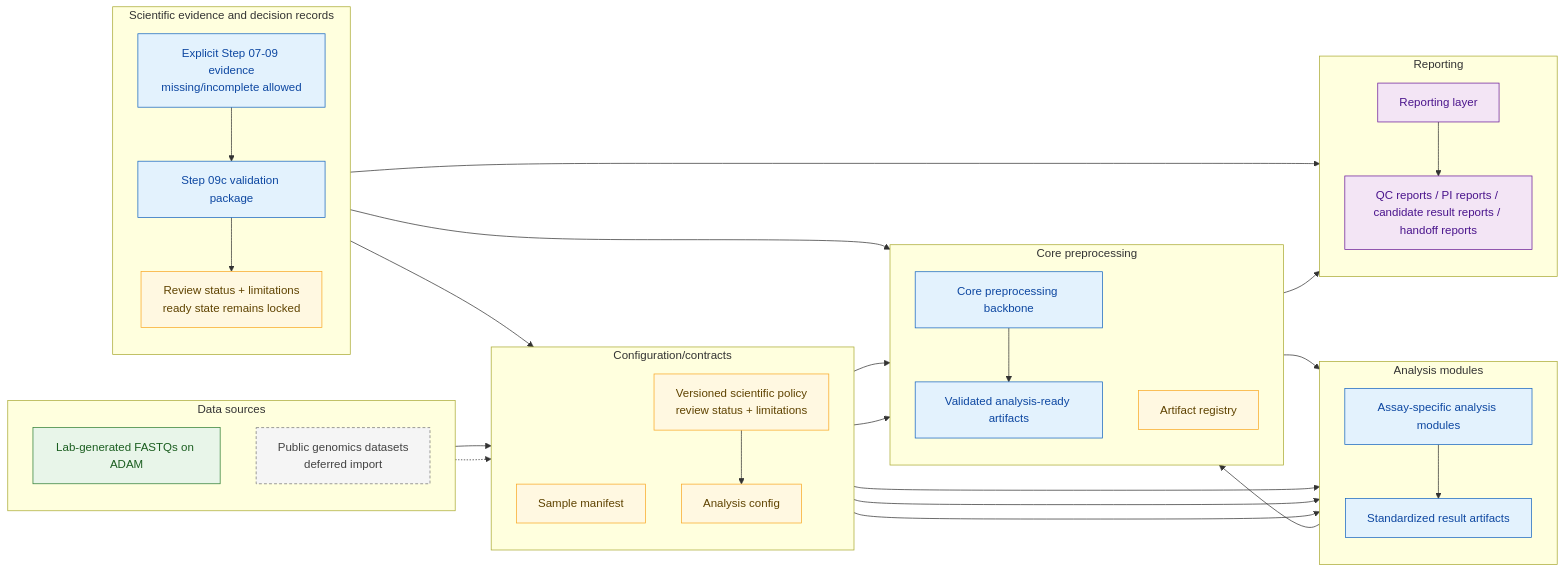
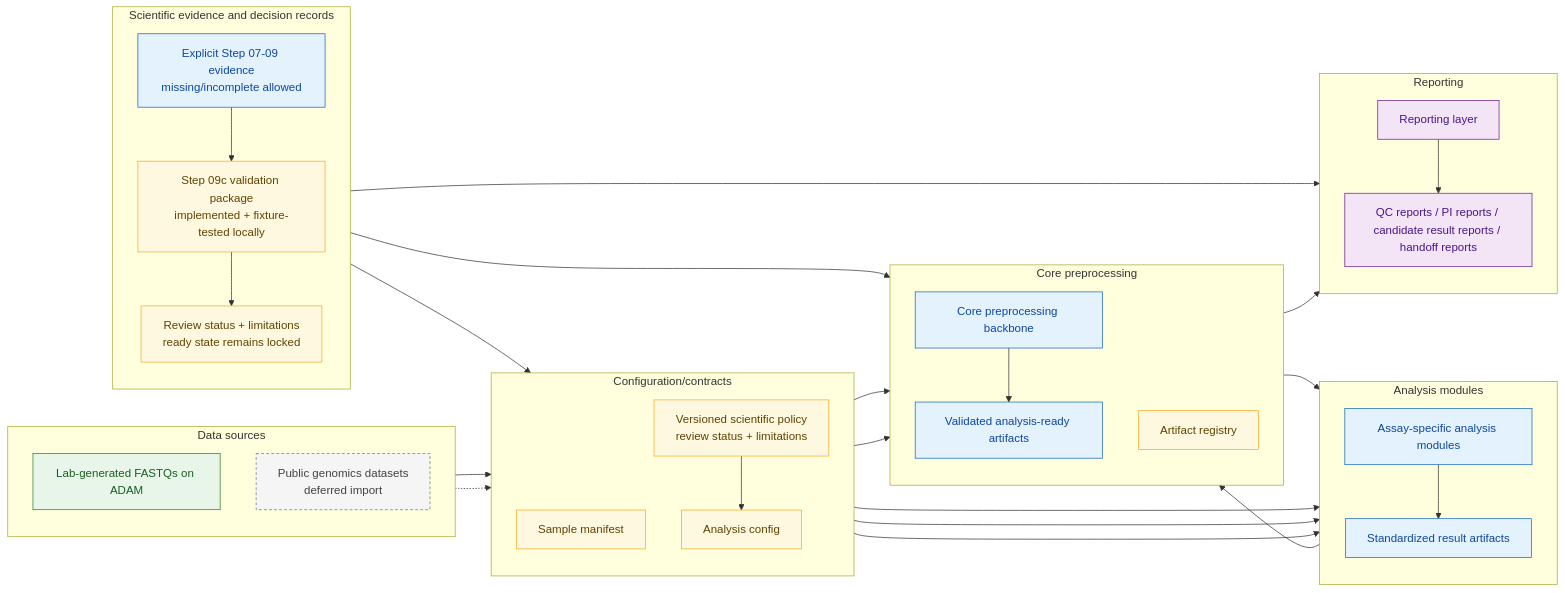
Before and after one commit to lab-cats/EMRYS: the second of 4 diagrams in docs/architecture/FUTURE_ARCHITECTURE.md, drawn with Mermaid. The commit also changed other lines of this file and 15 other files, not shown here.

````diff
--- a/docs/architecture/FUTURE_ARCHITECTURE.md
+++ b/docs/architecture/FUTURE_ARCHITECTURE.md
@@ -106,68 +107,68 @@
 ```mermaid
 flowchart LR
     classDef current fill:#e8f5e9,stroke:#2e7d32,color:#1b5e20
     classDef future fill:#e3f2fd,stroke:#1565c0,color:#0d47a1
     classDef deferred fill:#f5f5f5,stroke:#757575,color:#424242,stroke-dasharray:4 3
     classDef contract fill:#fff8e1,stroke:#f9a825,color:#5f4300
     classDef reporting fill:#f3e5f5,stroke:#6a1b9a,color:#4a148c
 
     subgraph sources["Data sources"]
         direction TB
         lab["Lab-generated FASTQs on ADAM"]
         public["Public genomics datasets<br/>deferred import"]
     end
 
     subgraph contracts["Configuration/contracts"]
         direction TB
         manifest["Sample manifest"]
         config["Analysis config"]
         policy_record["Versioned scientific policy<br/>review status + limitations"]
     end
 
     subgraph core["Core preprocessing"]
         direction TB
         backbone["Core preprocessing backbone"]
         ready["Validated analysis-ready artifacts"]
         registry["Artifact registry"]
     end
 
     subgraph modules["Analysis modules"]
         direction TB
         assays["Assay-specific analysis modules"]
         results["Standardized result artifacts"]
     end
 
     subgraph science["Scientific evidence and decision records"]
         direction TB
         declared09["Explicit Step 07-09 evidence<br/>missing/incomplete allowed"]
-        science_review["Step 09c validation package"]
+        science_review["Step 09c validation package<br/>implemented + fixture-tested locally"]
         decision_record["Review status + limitations<br/>ready state remains locked"]
     end
 
     subgraph reports["Reporting"]
         direction TB
         report_layer["Reporting layer"]
         outputs["QC reports / PI reports / candidate result reports / handoff reports"]
     end
 
     lab --> manifest
     public -.-> manifest
     manifest --> backbone
     config --> backbone
     manifest --> assays
     config --> assays
     policy_record --> config
     policy_record --> assays
     backbone --> ready --> assays --> results --> registry --> report_layer --> outputs
     declared09 --> science_review --> decision_record --> policy_record
     declared09 --> registry
     decision_record --> report_layer
 
     class lab current
     class public deferred
-    class manifest,config,policy_record,decision_record contract
+    class manifest,config,policy_record,decision_record,science_review contract
     class backbone,ready future
     class registry contract
-    class assays,results,declared09,science_review future
+    class assays,results,declared09 future
     class report_layer,outputs reporting
 ```
````
